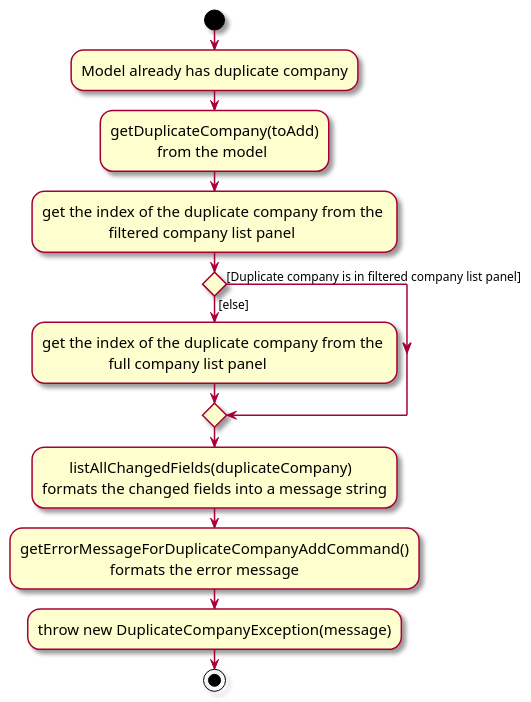
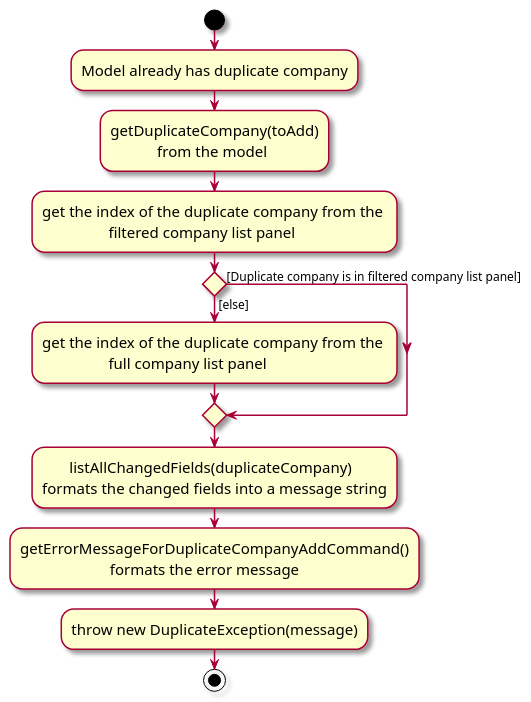
The diagram in docs/diagrams/DuplicateActivityDiagram.puml (tayruxin/tp), drawn with PlantUML before and after one commit. The commit also changed 2 other files, not shown here.

Commit message:
Change Activity Diagram
Change Activity Diagram

```diff
--- a/docs/diagrams/DuplicateActivityDiagram.puml
+++ b/docs/diagrams/DuplicateActivityDiagram.puml
@@ -1,22 +1,22 @@
 @startuml
 skin rose
 skinparam ActivityFontSize 15
 skinparam ArrowFontSize 12
 start
 :Model already has duplicate company;
 
 'Since the beta syntax does not support placing the condition outside the
 'diamond we place it as the true branch instead.
 
 :getDuplicateCompany(toAdd)\n            from the model;
 :get the index of the duplicate company from the \n                 filtered company list panel;
 if () then ([else])
     :get the index of the duplicate company from the \n                 full company list panel;
 else ([Duplicate company is in filtered company list panel])
     endif
 
 :       listAllChangedFields(duplicateCompany)\nformats the changed fields into a message string;
 :getErrorMessageForDuplicateCompanyAddCommand()\n                       formats the error message;
-:throw new DuplicateCompanyException(message);
+:throw new DuplicateException(message);
 stop
 @enduml
```
